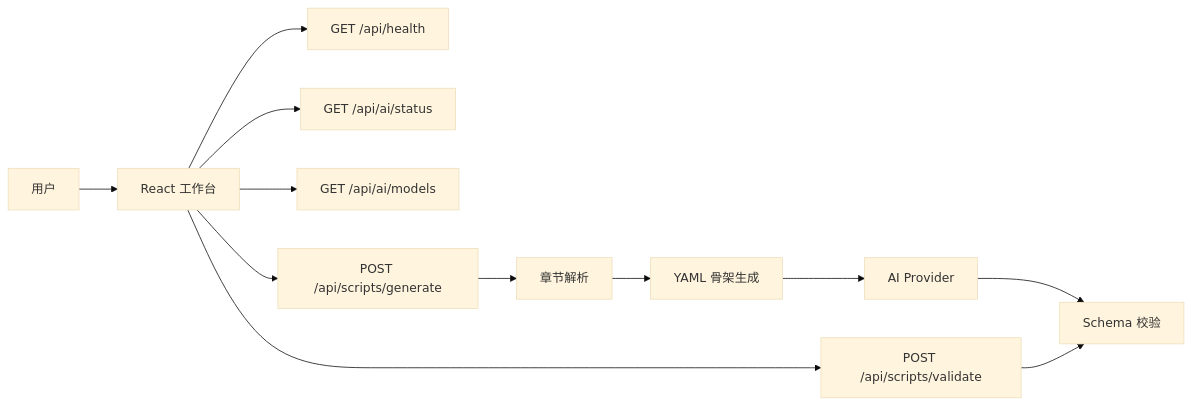
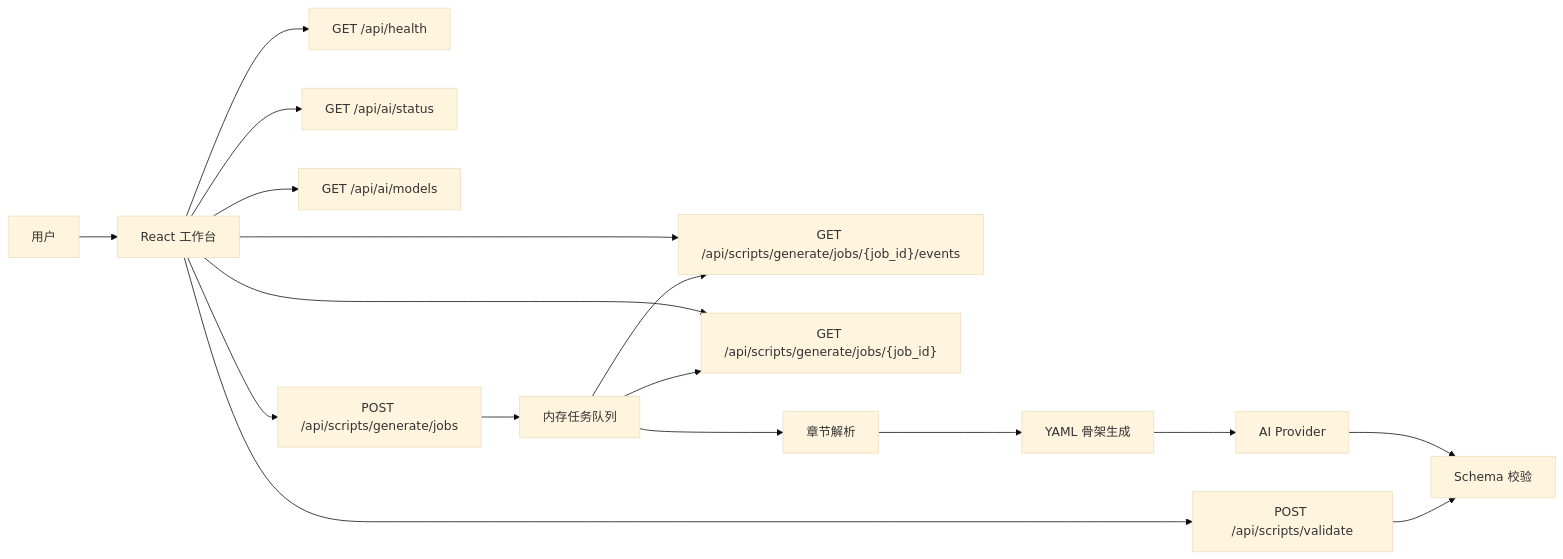
One commit to HangChi/ai-novel-to-script changed the diagram in docs/系统设计.md. Above: the diagram before and after it, drawn with Mermaid (base theme). The commit also changed other lines of this file and 12 other files, not shown here.

````diff
--- a/docs/系统设计.md
+++ b/docs/系统设计.md
@@ -7,14 +7,19 @@
 ```mermaid
 flowchart LR
   User["用户"] --> Frontend["React 工作台"]
   Frontend --> Health["GET /api/health"]
   Frontend --> Status["GET /api/ai/status"]
   Frontend --> Models["GET /api/ai/models"]
-  Frontend --> Generate["POST /api/scripts/generate"]
+  Frontend --> JobCreate["POST /api/scripts/generate/jobs"]
+  Frontend --> JobEvents["GET /api/scripts/generate/jobs/{job_id}/events"]
+  Frontend --> JobStatus["GET /api/scripts/generate/jobs/{job_id}"]
   Frontend --> Validate["POST /api/scripts/validate"]
-  Generate --> Parser["章节解析"]
+  JobCreate --> Queue["内存任务队列"]
+  Queue --> Parser["章节解析"]
   Parser --> Draft["YAML 骨架生成"]
   Draft --> Provider["AI Provider"]
   Provider --> Validator["Schema 校验"]
+  Queue --> JobEvents
+  Queue --> JobStatus
   Validate --> Validator
 ```
````
